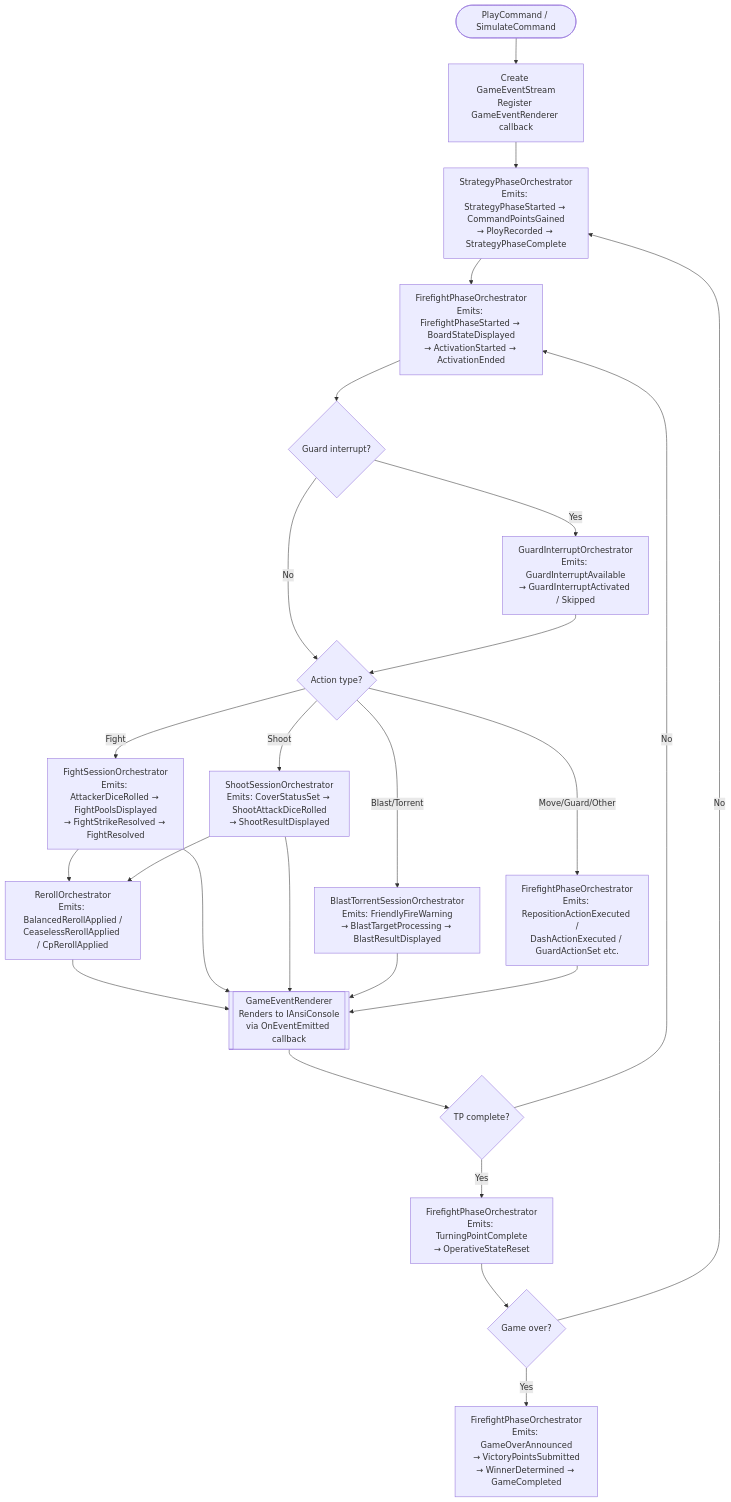
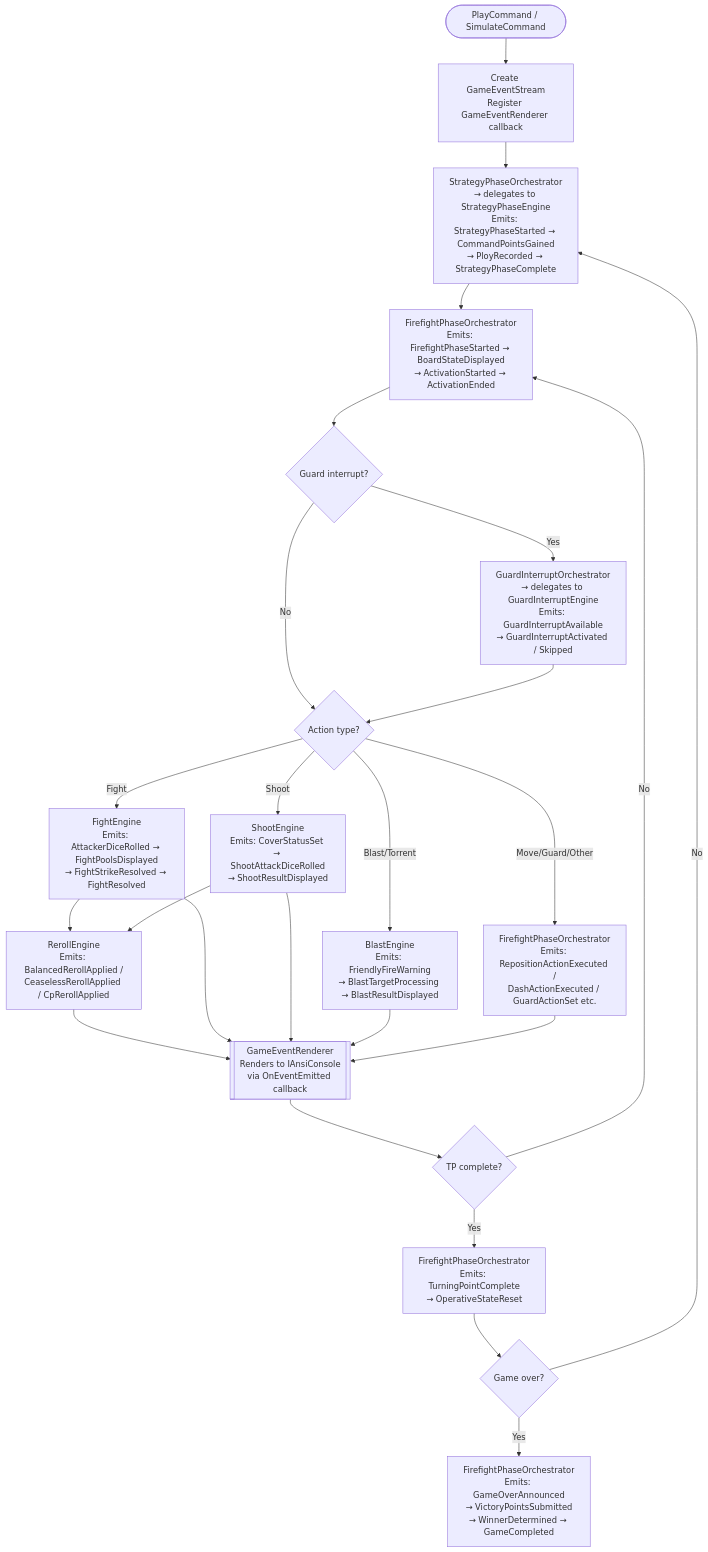
The fourth of 5 diagrams in wiki/specs/kill-team-game-tracking/spec.md (michaeldtaylor/KillTeam.DataSlate), drawn with Mermaid before and after one commit. The commit also changed other lines of this file and 3 other files, not shown here.

First line of the commit message:
[Spec] Update architecture diagrams and class references

````diff
--- a/wiki/specs/kill-team-game-tracking/spec.md
+++ b/wiki/specs/kill-team-game-tracking/spec.md
@@ -1001,27 +1041,27 @@
 ```mermaid
 flowchart TD
     Start([PlayCommand / SimulateCommand]) --> CreateStream[Create GameEventStream\nRegister GameEventRenderer callback]
-    CreateStream --> Strategy[StrategyPhaseOrchestrator\nEmits: StrategyPhaseStarted → CommandPointsGained\n→ PloyRecorded → StrategyPhaseComplete]
+    CreateStream --> Strategy[StrategyPhaseOrchestrator\n→ delegates to StrategyPhaseEngine\nEmits: StrategyPhaseStarted → CommandPointsGained\n→ PloyRecorded → StrategyPhaseComplete]
     Strategy --> Firefight[FirefightPhaseOrchestrator\nEmits: FirefightPhaseStarted → BoardStateDisplayed\n→ ActivationStarted → ActivationEnded]
     Firefight --> Guard{Guard interrupt?}
-    Guard -- Yes --> GuardOrch[GuardInterruptOrchestrator\nEmits: GuardInterruptAvailable\n→ GuardInterruptActivated / Skipped]
+    Guard -- Yes --> GuardOrch[GuardInterruptOrchestrator\n→ delegates to GuardInterruptEngine\nEmits: GuardInterruptAvailable\n→ GuardInterruptActivated / Skipped]
     Guard -- No --> ActionType{Action type?}
     GuardOrch --> ActionType
-    ActionType -- Fight --> Fight[FightSessionOrchestrator\nEmits: AttackerDiceRolled → FightPoolsDisplayed\n→ FightStrikeResolved → FightResolved]
-    ActionType -- Shoot --> Shoot[ShootSessionOrchestrator\nEmits: CoverStatusSet → ShootAttackDiceRolled\n→ ShootResultDisplayed]
-    ActionType -- Blast/Torrent --> Blast[BlastTorrentSessionOrchestrator\nEmits: FriendlyFireWarning\n→ BlastTargetProcessing → BlastResultDisplayed]
+    ActionType -- Fight --> Fight[FightEngine\nEmits: AttackerDiceRolled → FightPoolsDisplayed\n→ FightStrikeResolved → FightResolved]
+    ActionType -- Shoot --> Shoot[ShootEngine\nEmits: CoverStatusSet → ShootAttackDiceRolled\n→ ShootResultDisplayed]
+    ActionType -- Blast/Torrent --> Blast[BlastEngine\nEmits: FriendlyFireWarning\n→ BlastTargetProcessing → BlastResultDisplayed]
     ActionType -- Move/Guard/Other --> Move[FirefightPhaseOrchestrator\nEmits: RepositionActionExecuted /\nDashActionExecuted / GuardActionSet etc.]
-    Fight --> Reroll[RerollOrchestrator\nEmits: BalancedRerollApplied /\nCeaselessRerollApplied / CpRerollApplied]
+    Fight --> Reroll[RerollEngine\nEmits: BalancedRerollApplied /\nCeaselessRerollApplied / CpRerollApplied]
     Shoot --> Reroll
     Reroll --> Renderer[[GameEventRenderer\nRenders to IAnsiConsole\nvia OnEventEmitted callback]]
     Fight --> Renderer
     Shoot --> Renderer
     Blast --> Renderer
     Move --> Renderer
     Renderer --> TPEnd{TP complete?}
     TPEnd -- No --> Firefight
     TPEnd -- Yes --> GameEnd[FirefightPhaseOrchestrator\nEmits: TurningPointComplete\n→ OperativeStateReset]
     GameEnd --> LastTP{Game over?}
     LastTP -- No --> Strategy
     LastTP -- Yes --> Done[FirefightPhaseOrchestrator\nEmits: GameOverAnnounced\n→ VictoryPointsSubmitted\n→ WinnerDetermined → GameCompleted]
 ```
````
